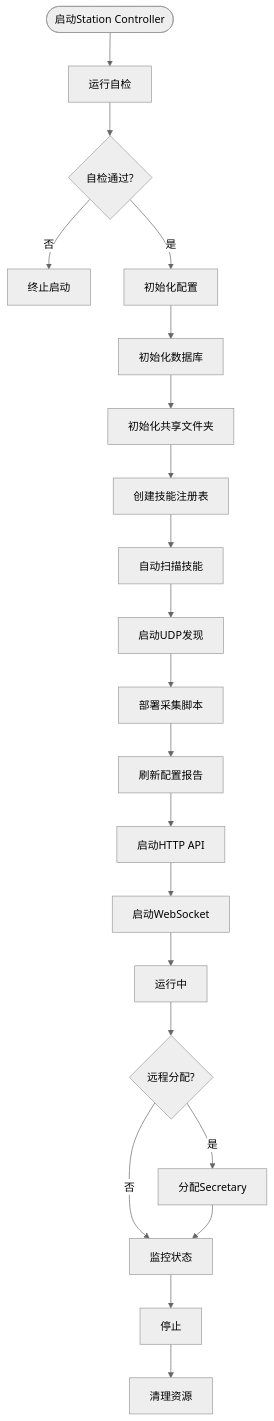
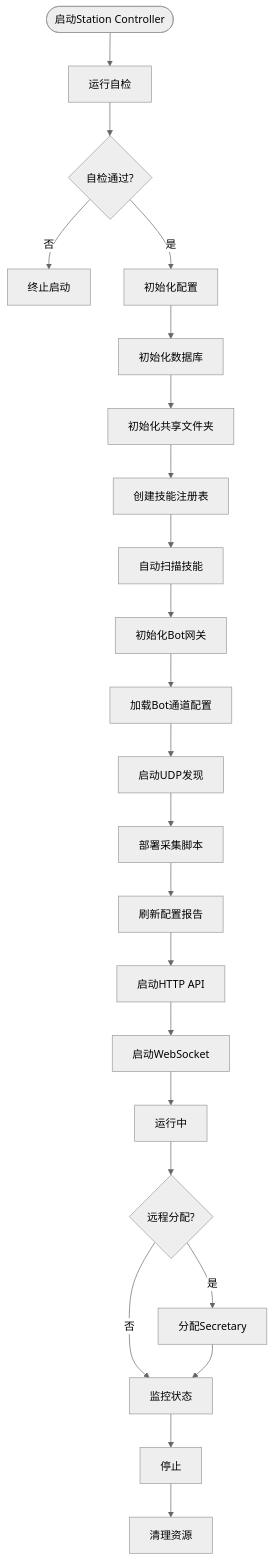
The fifth of 19 diagrams in .qoder/repowiki/zh/content/核心模块/工作站管理模块.md (targalian/Personal-distributed-workstation), drawn with Mermaid (neutral theme) before and after one commit. The commit also changed other lines of this file and 85 other files, not shown here.

````diff
--- a/.qoder/repowiki/zh/content/核心模块/工作站管理模块.md
+++ b/.qoder/repowiki/zh/content/核心模块/工作站管理模块.md
@@ -378,23 +428,25 @@
 ```mermaid
 flowchart TD
 Start([启动Station Controller]) --> Preflight[运行自检]
 Preflight --> CheckOK{自检通过?}
 CheckOK --> |否| Abort[终止启动]
 CheckOK --> |是| InitConfig[初始化配置]
 InitConfig --> InitDB[初始化数据库]
 InitDB --> InitShared[初始化共享文件夹]
 InitShared --> InitSkillRegistry[创建技能注册表]
 InitSkillRegistry --> ScanSkills[自动扫描技能]
-ScanSkills --> StartDiscovery[启动UDP发现]
+ScanSkills --> InitBotGateway[初始化Bot网关]
+InitBotGateway --> LoadBotConfig[加载Bot通道配置]
+LoadBotConfig --> StartDiscovery[启动UDP发现]
 StartDiscovery --> DeployScript[部署采集脚本]
 DeployScript --> RefreshConfig[刷新配置报告]
 RefreshConfig --> StartAPI[启动HTTP API]
 StartAPI --> StartWS[启动WebSocket]
 StartWS --> Running[运行中]
 Running --> RemoteAssign{远程分配?}
 RemoteAssign --> |是| AssignSecretary[分配Secretary]
 RemoteAssign --> |否| Monitor[监控状态]
 AssignSecretary --> Monitor
 Monitor --> Stop[停止]
 Stop --> Cleanup[清理资源]
 ```
````
